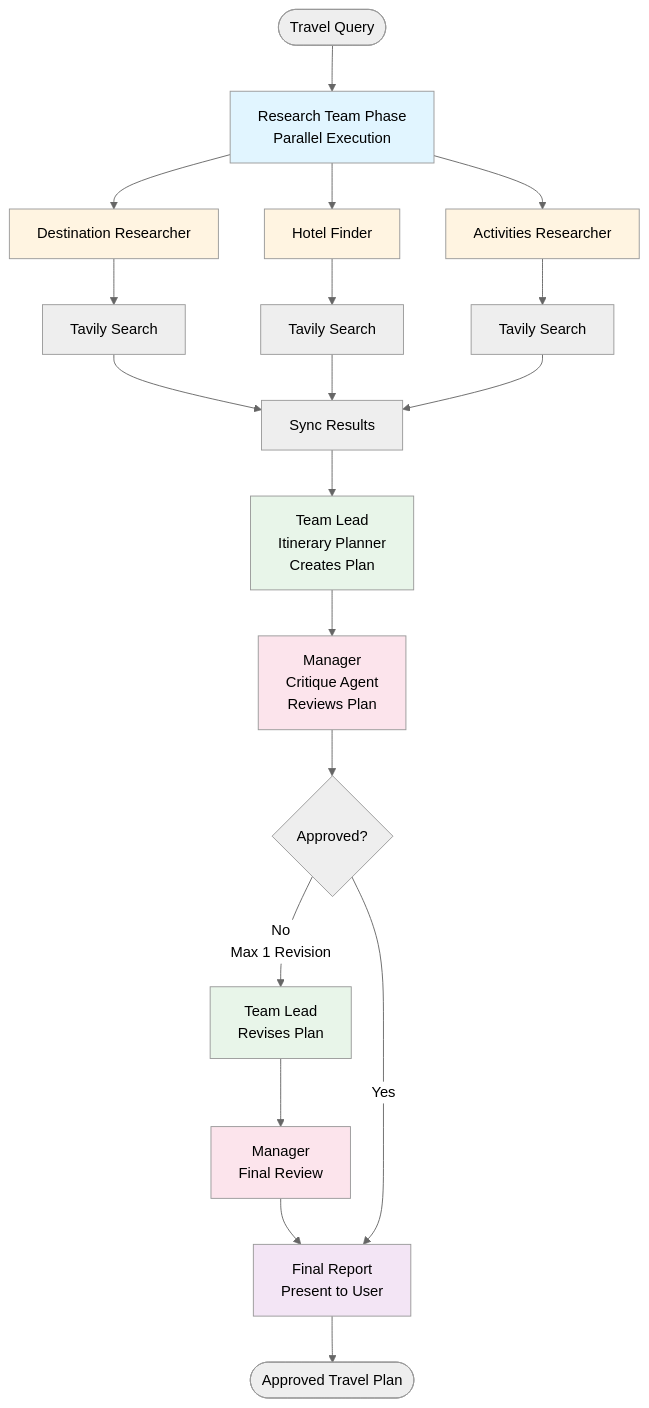
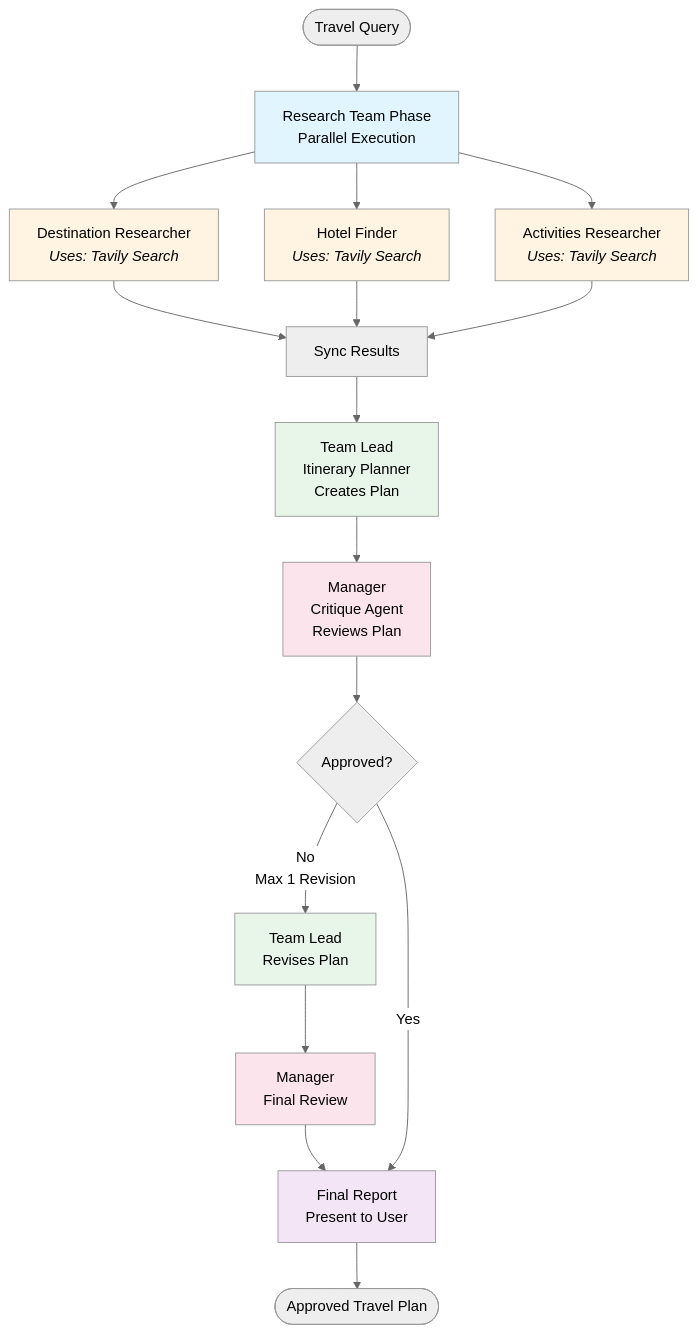
The diagram in README.md (mcikalmerdeka/agno-langfuse-travel-planner), drawn with Mermaid (neutral theme) before and after one commit.

Commit message:
simplify the mermaid diagram to include tool into the agents instead of creating an arrow

````diff
--- a/README.md
+++ b/README.md
@@ -62,40 +62,36 @@
 ```mermaid
 graph TD
     Start([Travel Query]) --> Research[Research Team Phase<br/>Parallel Execution]
 
-    Research --> DR[Destination Researcher]
-    Research --> HF[Hotel Finder]
-    Research --> AR[Activities Researcher]
+    Research --> DR[Destination Researcher<br/><i>Uses: Tavily Search</i>]
+    Research --> HF[Hotel Finder<br/><i>Uses: Tavily Search</i>]
+    Research --> AR[Activities Researcher<br/><i>Uses: Tavily Search</i>]
 
-    DR --> TS1[Tavily Search]
-    HF --> TS2[Tavily Search]
-    AR --> TS3[Tavily Search]
-
-    TS1 --> Sync[Sync Results]
-    TS2 --> Sync
-    TS3 --> Sync
+    DR --> Sync[Sync Results]
+    HF --> Sync
+    AR --> Sync
 
     Sync --> TL1[Team Lead<br/>Itinerary Planner<br/>Creates Plan]
 
     TL1 --> MR1[Manager<br/>Critique Agent<br/>Reviews Plan]
 
     MR1 --> Decision{Approved?}
 
     Decision -->|No<br/>Max 1 Revision| TL2[Team Lead<br/>Revises Plan]
     TL2 --> MR2[Manager<br/>Final Review]
     MR2 --> Final
 
     Decision -->|Yes| Final[Final Report<br/>Present to User]
 
     Final --> End([Approved Travel Plan])
 
     style Research fill:#e1f5ff
     style DR fill:#fff4e1
     style HF fill:#fff4e1
     style AR fill:#fff4e1
     style TL1 fill:#e8f5e9
     style TL2 fill:#e8f5e9
     style MR1 fill:#fce4ec
     style MR2 fill:#fce4ec
     style Final fill:#f3e5f5
 ```
````
